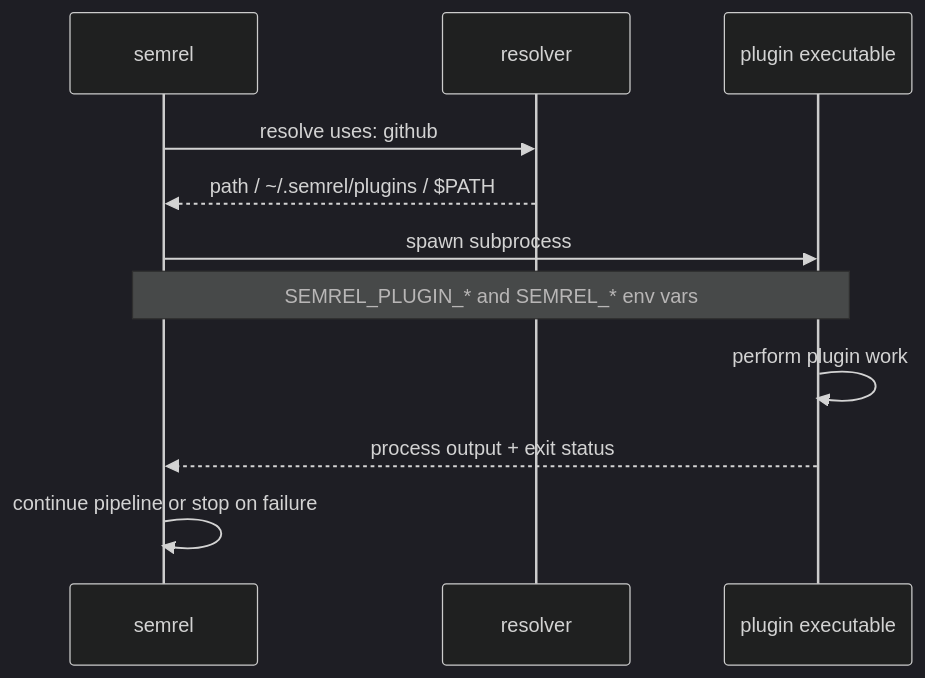
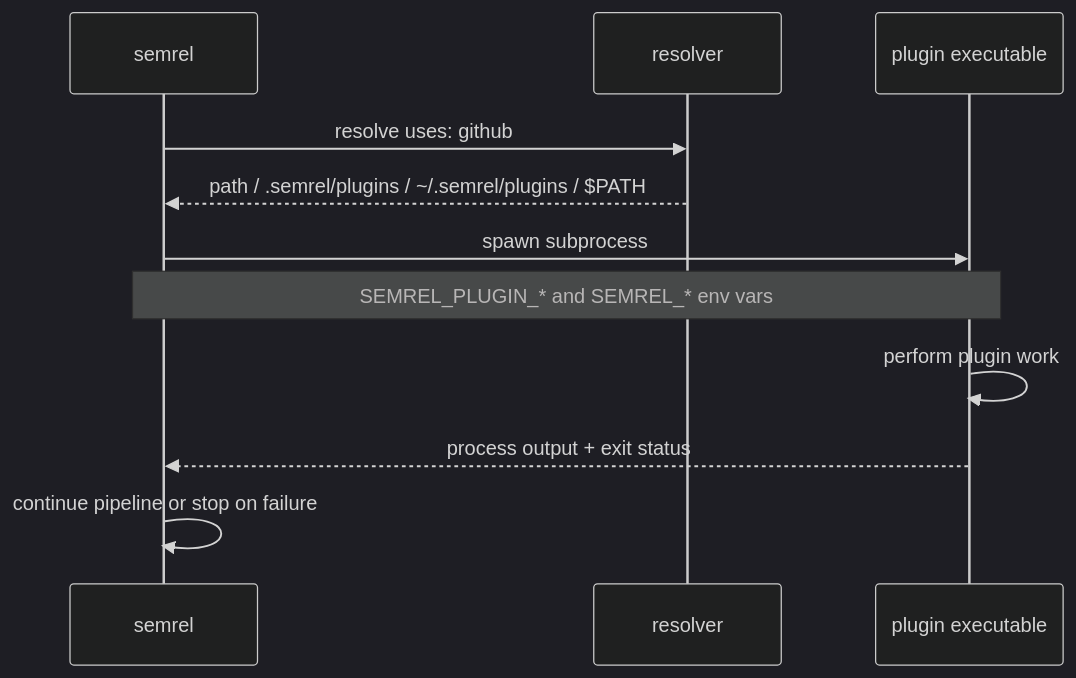
Before and after one commit to SemRels/semrel-docs: the diagram in src/content/docs/de/plugins/overview.mdx, drawn with Mermaid (dark theme). The commit also changed other lines of this file and 5 other files, not shown here.

````diff
--- a/src/content/docs/de/plugins/overview.mdx
+++ b/src/content/docs/de/plugins/overview.mdx
@@ -86,14 +86,14 @@
 ```mermaid
 sequenceDiagram
     participant S as semrel
     participant R as resolver
     participant P as plugin executable
 
     S->>R: resolve uses: github
-    R-->>S: path / ~/.semrel/plugins / $PATH
+    R-->>S: path / .semrel/plugins / ~/.semrel/plugins / $PATH
     S->>P: spawn subprocess
     Note over S,P: SEMREL_PLUGIN_* and SEMREL_* env vars
     P->>P: perform plugin work
     P-->>S: process output + exit status
     S->>S: continue pipeline or stop on failure
 ```
````
